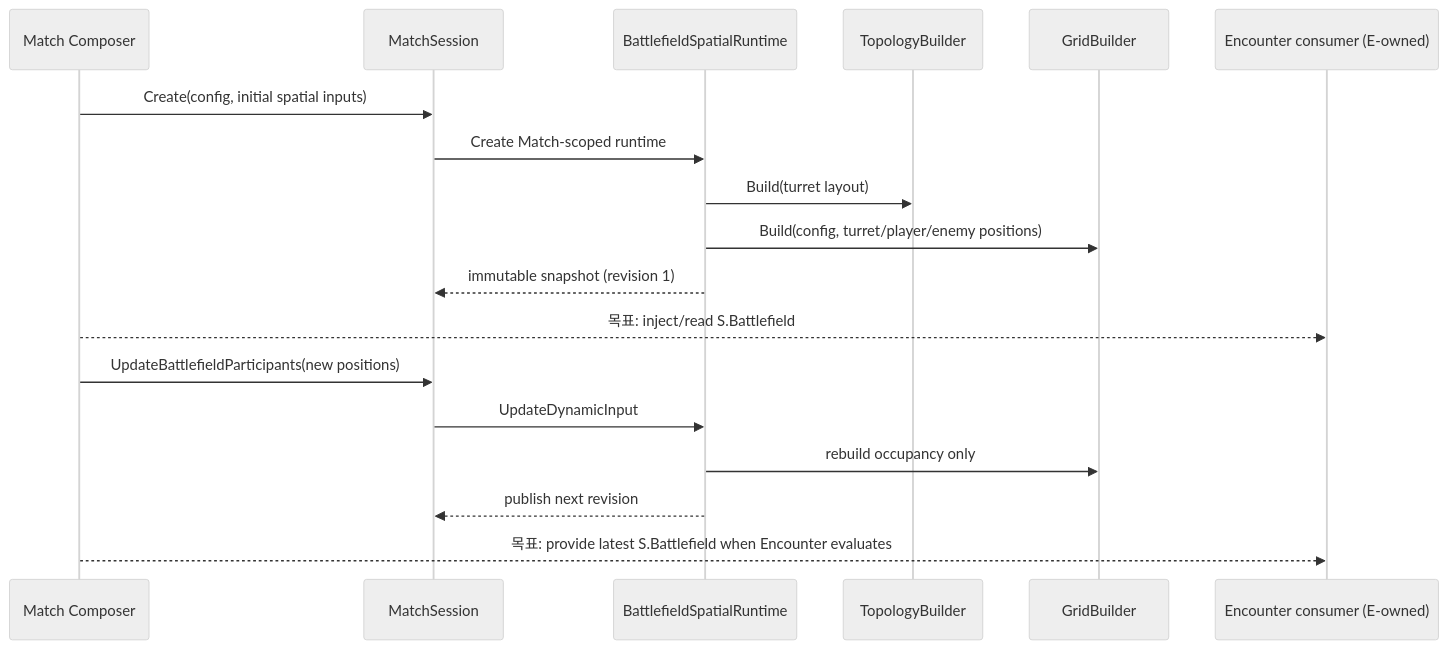
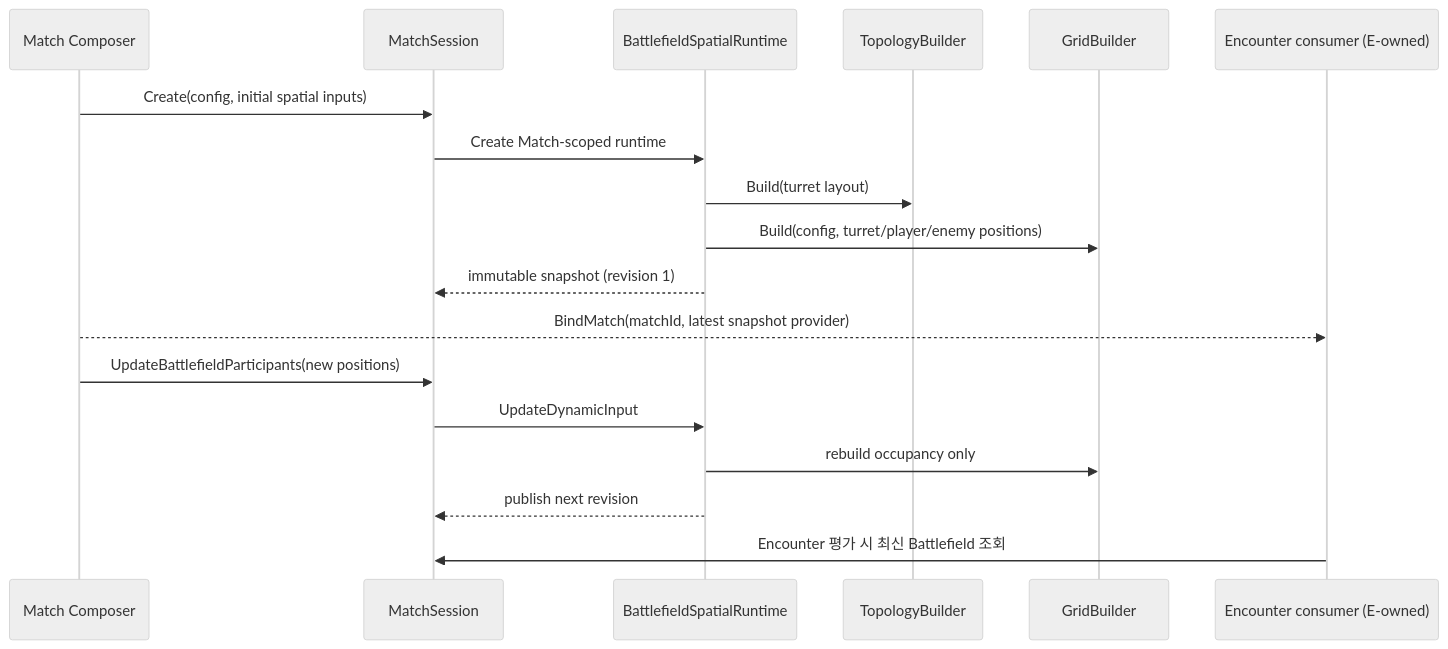
The fourth of 4 diagrams in Assets/PoC/Core/README.md (Team-HJD-21/unity-6-the-developer), drawn with Mermaid (neutral theme) before and after one commit. The commit also changed other lines of this file and 4 other files, not shown here.

````diff
--- a/Assets/PoC/Core/README.md
+++ b/Assets/PoC/Core/README.md
@@ -307,20 +309,20 @@
 ```mermaid
 sequenceDiagram
     participant C as Match Composer
     participant S as MatchSession
     participant R as BattlefieldSpatialRuntime
     participant T as TopologyBuilder
     participant G as GridBuilder
     participant E as Encounter consumer (E-owned)
     C->>S: Create(config, initial spatial inputs)
     S->>R: Create Match-scoped runtime
     R->>T: Build(turret layout)
     R->>G: Build(config, turret/player/enemy positions)
     R-->>S: immutable snapshot (revision 1)
-    C-->>E: 목표: inject/read S.Battlefield
+    C-->>E: BindMatch(matchId, latest snapshot provider)
     C->>S: UpdateBattlefieldParticipants(new positions)
     S->>R: UpdateDynamicInput
     R->>G: rebuild occupancy only
     R-->>S: publish next revision
-    C-->>E: 목표: provide latest S.Battlefield when Encounter evaluates
+    E->>S: Encounter 평가 시 최신 Battlefield 조회
 ```
````
